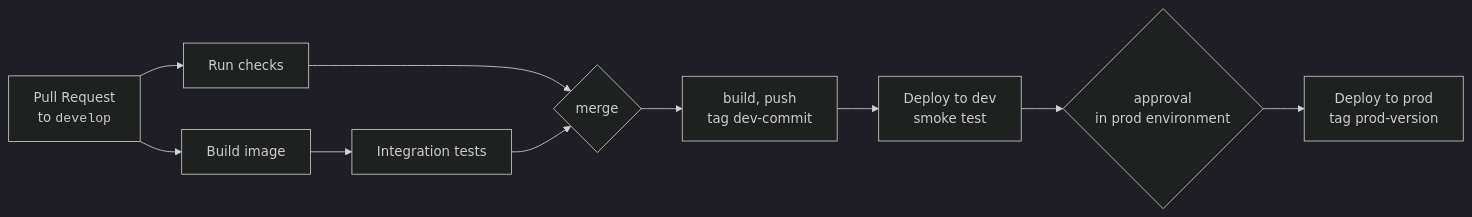
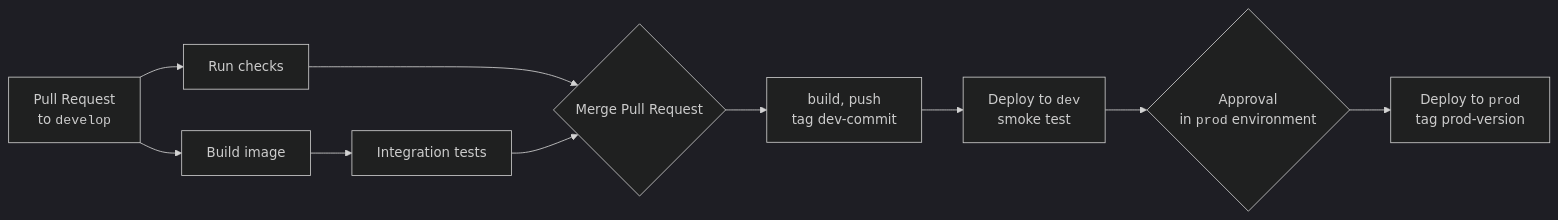
Before and after one commit to cieslarjacek/etl-example: the second of 2 diagrams in README.md, drawn with Mermaid (dark theme).

````diff
--- a/README.md
+++ b/README.md
@@ -217,14 +217,14 @@
 ```mermaid
 flowchart LR
-    pr["Pull Request<br/>to <code>develop</code>"] --> check["Run checks"]
+    pr["`Pull Request<br/>to <code>develop</code>`"] --> check["Run checks"]
     pr --> image["Build image"]
     image --> integration["Integration tests"]
     %% A longer link (--->) keeps make check in the same column as
     %% Build image instead of next to Integration tests.
-    check ---> merge{"merge"}
+    check ---> merge{"Merge Pull Request"}
     integration --> merge
     merge --> publish["build, push<br/>tag dev-commit"]
-    publish --> dev["Deploy to dev<br/>smoke test"]
-    dev --> approval{"approval<br/>in prod environment"}
-    approval --> prod["Deploy to prod<br/>tag prod-version"]
+    publish --> dev["`Deploy to <code>dev</code><br/>smoke test`"]
+    dev --> approval{"`Approval<br/>in <code>prod</code> environment`"}
+    approval --> prod["`Deploy to <code>prod</code><br/>tag prod-version`"]
 ```
````
